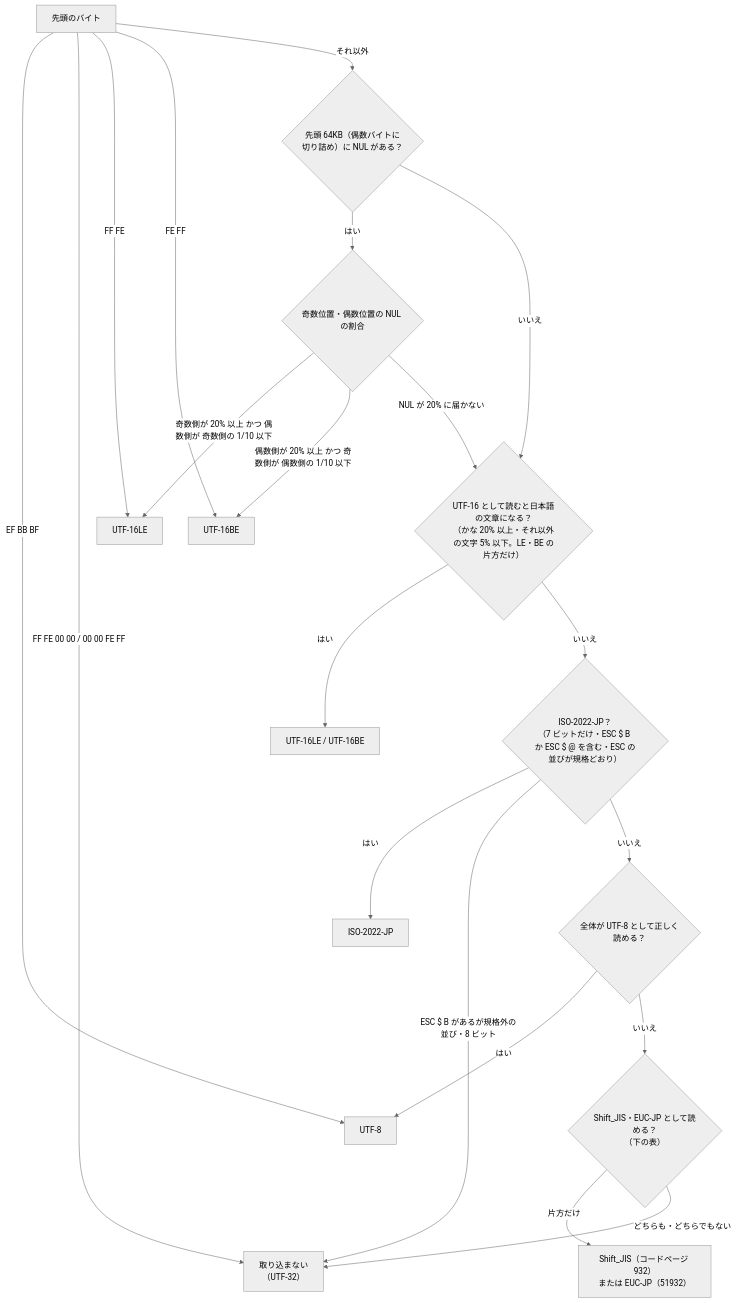
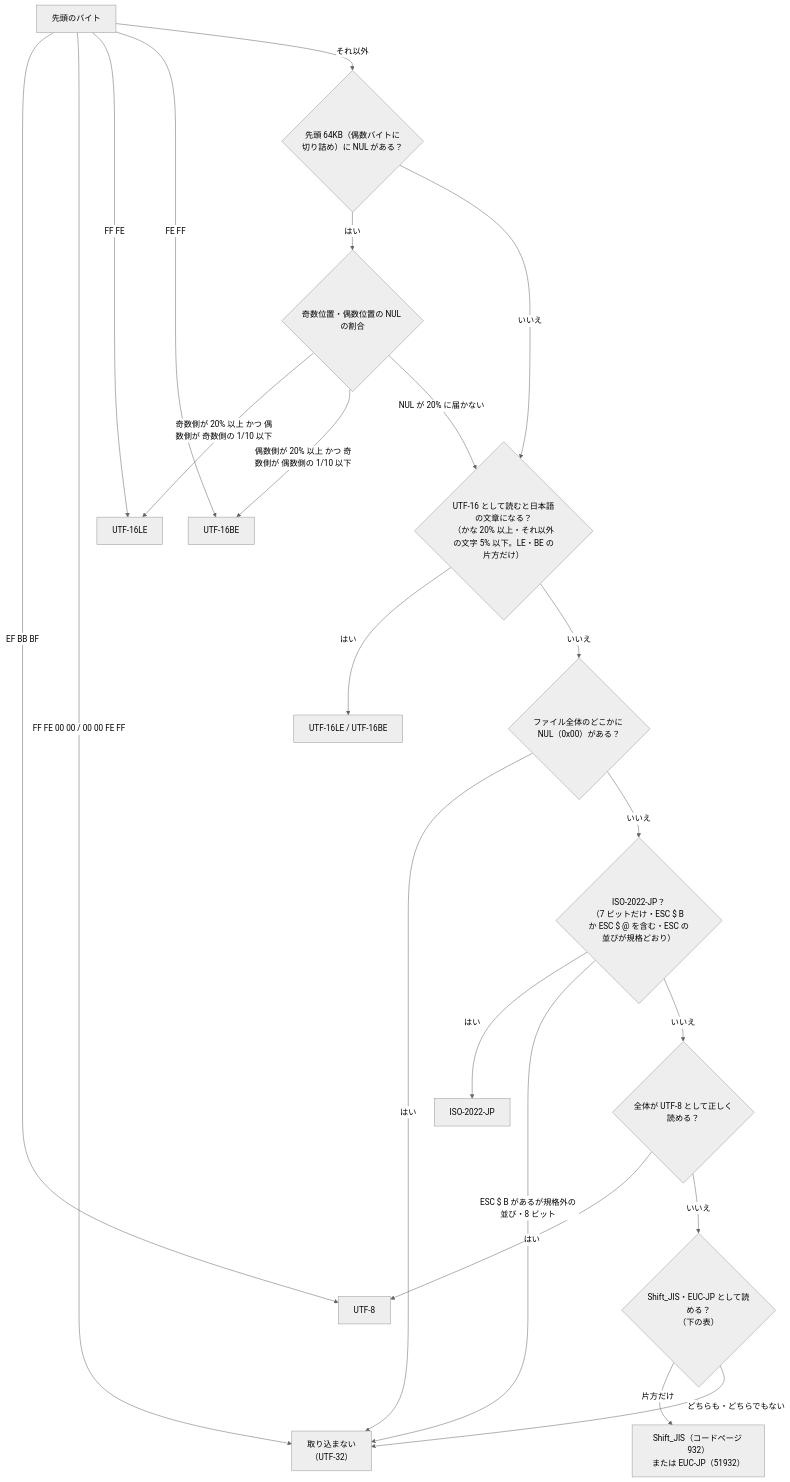
Before and after one commit to hsgwa/tebunko: the diagram in docs/design/indexing/text.md, drawn with Mermaid (neutral theme). The commit also changed other lines of this file and 17 other files, not shown here.

````diff
--- a/docs/design/indexing/text.md
+++ b/docs/design/indexing/text.md
@@ -19,22 +20,24 @@
 ```mermaid
 flowchart TD
     A["先頭のバイト"] -->|"EF BB BF"| U8["UTF-8"]
     A -->|"FF FE 00 00 / 00 00 FE FF"| BIN["取り込まない<br>（UTF-32）"]
     A -->|"FF FE"| L16["UTF-16LE"]
     A -->|"FE FF"| B16["UTF-16BE"]
     A -->|"それ以外"| N{"先頭 64KB（偶数バイトに切り詰め）に NUL がある？"}
     N -- はい --> S{"奇数位置・偶数位置の NUL の割合"}
     S -->|"奇数側が 20% 以上 かつ 偶数側が 奇数側の 1/10 以下"| L16
     S -->|"偶数側が 20% 以上 かつ 奇数側が 偶数側の 1/10 以下"| B16
     S -->|"NUL が 20% に届かない"| J
     N -- いいえ --> J{"UTF-16 として読むと日本語の文章になる？<br>（かな 20% 以上・それ以外の文字 5% 以下。LE・BE の片方だけ）"}
     J -- はい --> JU["UTF-16LE / UTF-16BE"]
-    J -- いいえ --> I{"ISO-2022-JP？<br>（7 ビットだけ・ESC $ B か ESC $ @ を含む・ESC の並びが規格どおり）"}
+    J -- いいえ --> NUL{"ファイル全体のどこかに NUL（0x00）がある？"}
+    NUL -- はい --> BIN
+    NUL -- いいえ --> I{"ISO-2022-JP？<br>（7 ビットだけ・ESC $ B か ESC $ @ を含む・ESC の並びが規格どおり）"}
     I -- はい --> IJ["ISO-2022-JP"]
     I -- "ESC $ B があるが規格外の並び・8 ビット" --> BIN
     I -- いいえ --> D{"全体が UTF-8 として正しく読める？"}
     D -- はい --> U8
     D -- いいえ --> L{"Shift_JIS・EUC-JP として読める？<br>（下の表）"}
     L -->|"片方だけ"| LJ["Shift_JIS（コードページ 932）<br>または EUC-JP（51932）"]
     L -->|"どちらも・どちらでもない"| BIN
 ```
````
